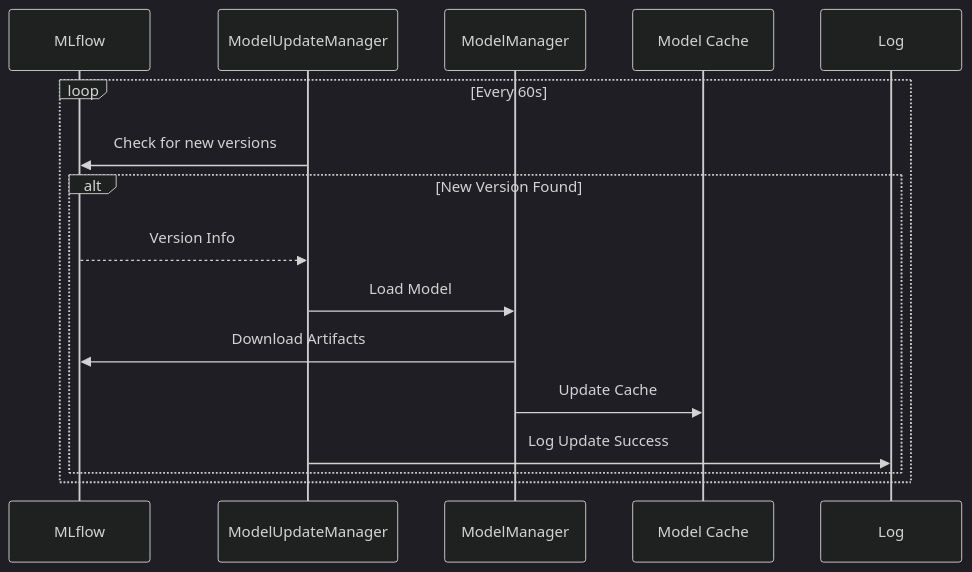
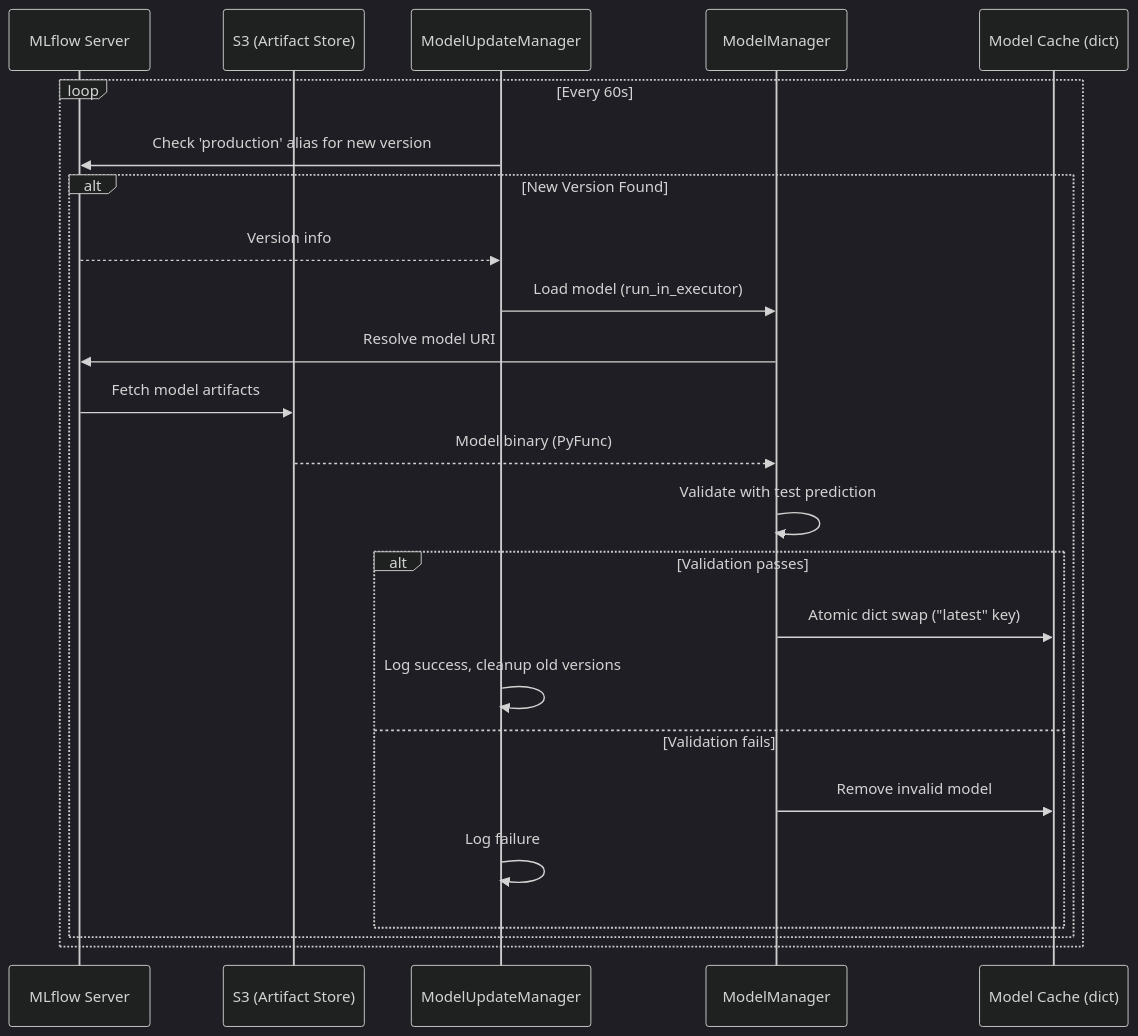
The fourth of 4 diagrams in docs/architecture/data_flow.md (ItaloPinheiro/rt-ml-multicloud-platform), drawn with Mermaid (dark theme) before and after one commit. The commit also changed other lines of this file and 22 other files, not shown here.

````diff
--- a/docs/architecture/data_flow.md
+++ b/docs/architecture/data_flow.md
@@ -54,19 +125,28 @@
 ```mermaid
 sequenceDiagram
-    participant MLflow
+    participant MLflow as MLflow Server
+    participant S3 as S3 (Artifact Store)
     participant Updater as ModelUpdateManager
     participant Manager as ModelManager
-    participant Cache as Model Cache
+    participant Cache as Model Cache (dict)
 
     loop Every 60s
-        Updater->>MLflow: Check for new versions
-        
+        Updater->>MLflow: Check 'production' alias for new version
+
         alt New Version Found
-            MLflow-->>Updater: Version Info
-            Updater->>Manager: Load Model
-            Manager->>MLflow: Download Artifacts
-            Manager->>Cache: Update Cache
-            Updater->>Log: Log Update Success
+            MLflow-->>Updater: Version info
+            Updater->>Manager: Load model (run_in_executor)
+            Manager->>MLflow: Resolve model URI
+            MLflow->>S3: Fetch model artifacts
+            S3-->>Manager: Model binary (PyFunc)
+            Manager->>Manager: Validate with test prediction
+            alt Validation passes
+                Manager->>Cache: Atomic dict swap ("latest" key)
+                Updater->>Updater: Log success, cleanup old versions
+            else Validation fails
+                Manager->>Cache: Remove invalid model
+                Updater->>Updater: Log failure
+            end
         end
     end
 ```
````
